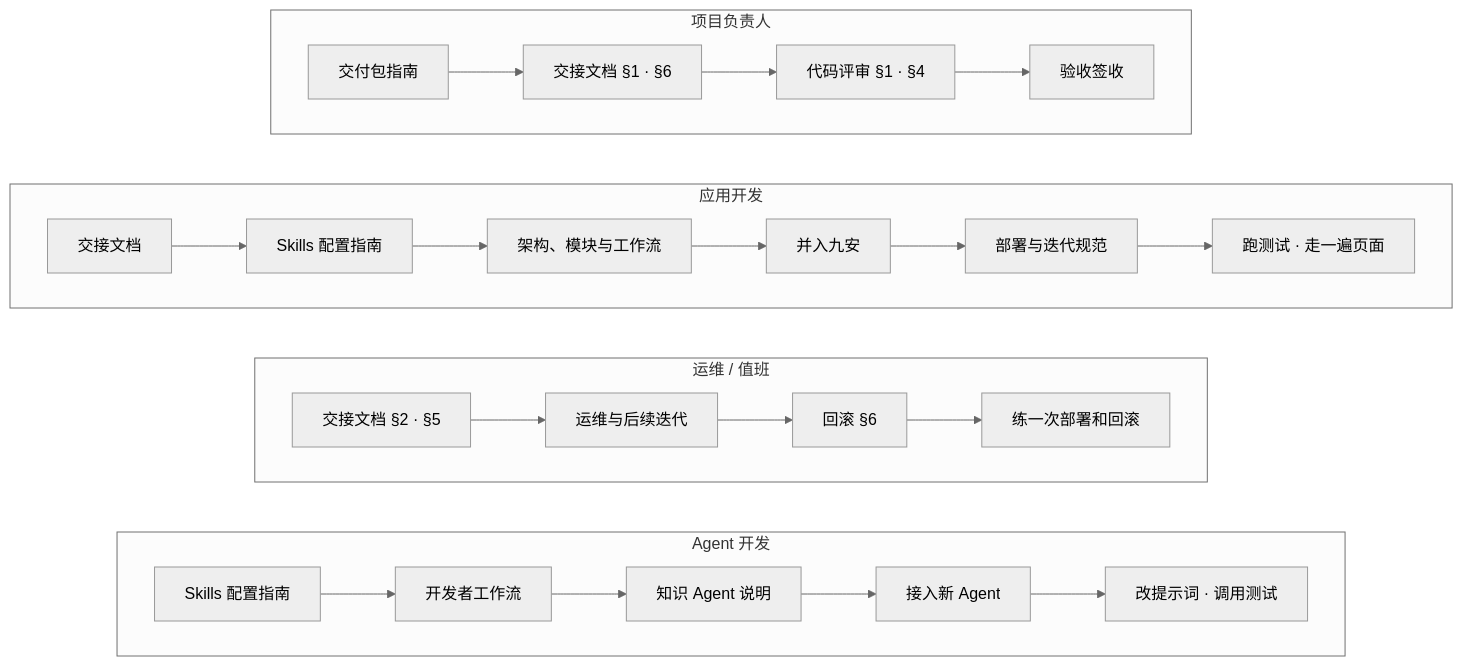
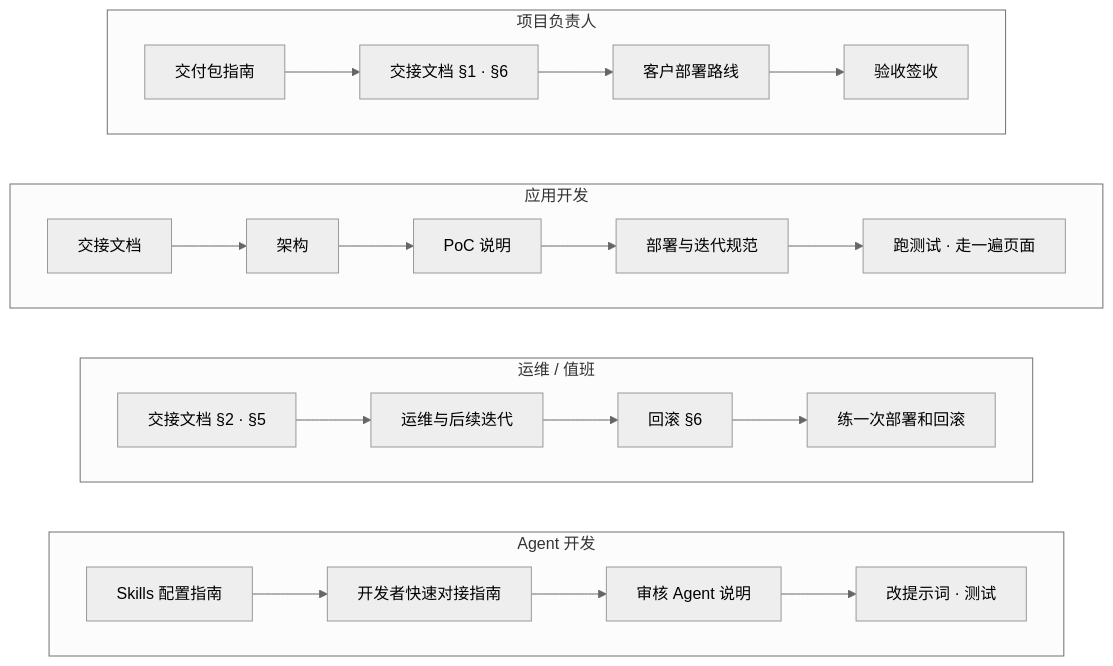
The diagram in docs/assets/diagrams/package-roles.mmd (LiboMa/nexus-jiuan-agent-framework-poc), drawn with Mermaid (neutral theme) before and after one commit. The commit also changed 92 other files, not shown here.

```diff
--- a/docs/assets/diagrams/package-roles.mmd
+++ b/docs/assets/diagrams/package-roles.mmd
@@ -1,20 +1,20 @@
 flowchart TB
   subgraph pm["项目负责人"]
     direction LR
-    pm1["交付包指南"] --> pm2["交接文档 §1 · §6"] --> pm3["代码评审 §1 · §4"] --> pm4["验收签收"]
+    pm1["交付包指南"] --> pm2["交接文档 §1 · §6"] --> pm3["客户部署路线"] --> pm4["验收签收"]
   end
   subgraph dev["应用开发"]
     direction LR
-    d1["交接文档"] --> d1s["Skills 配置指南"] --> d2["架构、模块与工作流"] --> d3["并入九安"] --> d4["部署与迭代规范"] --> d5["跑测试 · 走一遍页面"]
+    d1["交接文档"] --> d2["架构"] --> d3["PoC 说明"] --> d4["部署与迭代规范"] --> d5["跑测试 · 走一遍页面"]
   end
   subgraph ops["运维 / 值班"]
     direction LR
     o1["交接文档 §2 · §5"] --> o2["运维与后续迭代"] --> o3["回滚 §6"] --> o4["练一次部署和回滚"]
   end
   subgraph agent["Agent 开发"]
     direction LR
-    a1["Skills 配置指南"] --> a1w["开发者工作流"] --> a2["知识 Agent 说明"] --> a3["接入新 Agent"] --> a4["改提示词 · 调用测试"]
+    a1["Skills 配置指南"] --> a2["开发者快速对接指南"] --> a3["审核 Agent 说明"] --> a4["改提示词 · 测试"]
   end
   pm ~~~ dev ~~~ ops ~~~ agent
   class pm1,d1,o1,a1 nexus
   class pm4,d5,o4,a4 good
```
